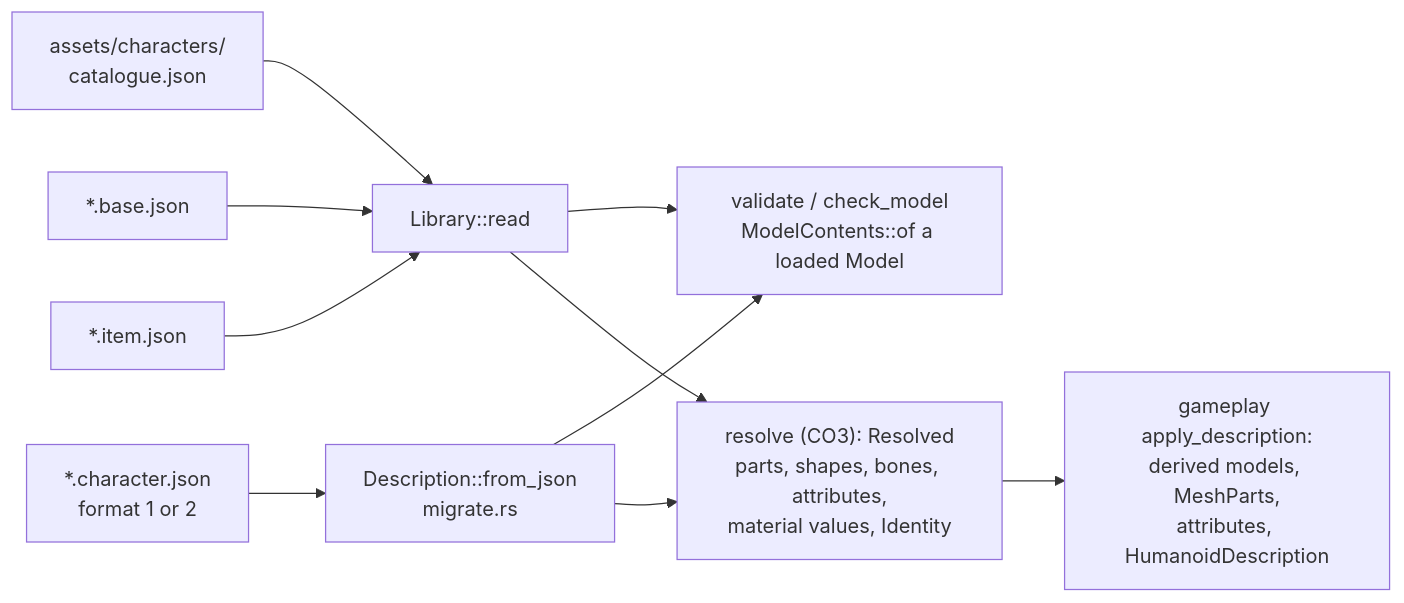
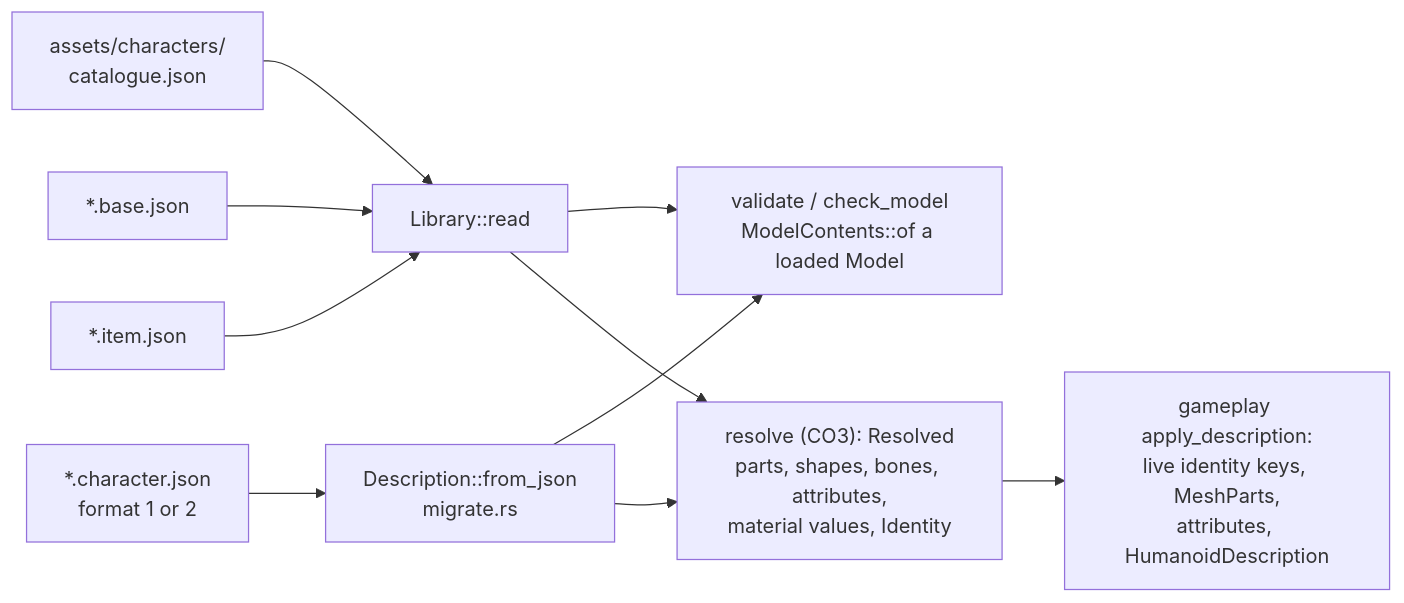
The diagram in wiki/Engine-Systems/Character-Data.md (Axcenity-Studios/Axcenity-Engine), drawn with Mermaid before and after one commit. The commit also changed other lines of this file and 32 other files, not shown here.

````diff
--- a/wiki/Engine-Systems/Character-Data.md
+++ b/wiki/Engine-Systems/Character-Data.md
@@ -21,12 +21,12 @@
 ```mermaid
 flowchart LR
   L[assets/characters/<br/>catalogue.json] --> R[Library::read]
   B[*.base.json] --> R
   I[*.item.json] --> R
   D[*.character.json<br/>format 1 or 2] --> F[Description::from_json<br/>migrate.rs]
   R --> V[validate / check_model<br/>ModelContents::of a loaded Model]
   F --> V
   F --> S["resolve (CO3): Resolved<br/>parts, shapes, bones, attributes,<br/>material values, Identity"]
   R --> S
-  S --> A["gameplay apply_description:<br/>derived models, MeshParts,<br/>attributes, HumanoidDescription"]
+  S --> A["gameplay apply_description:<br/>live identity keys, MeshParts,<br/>attributes, HumanoidDescription"]
 ```
````
